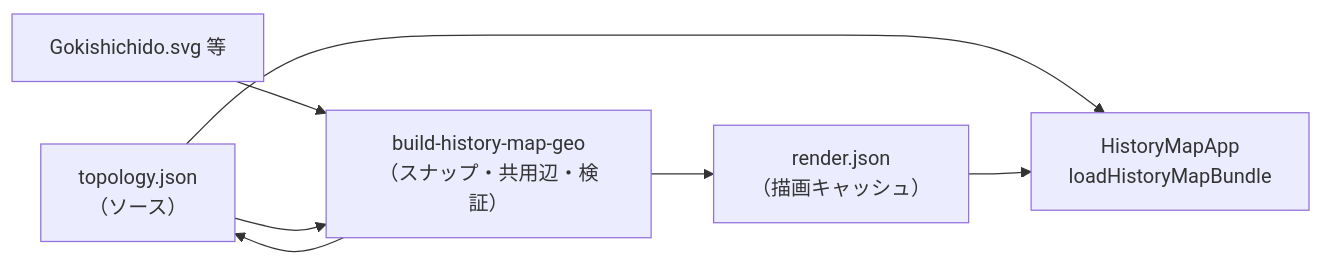
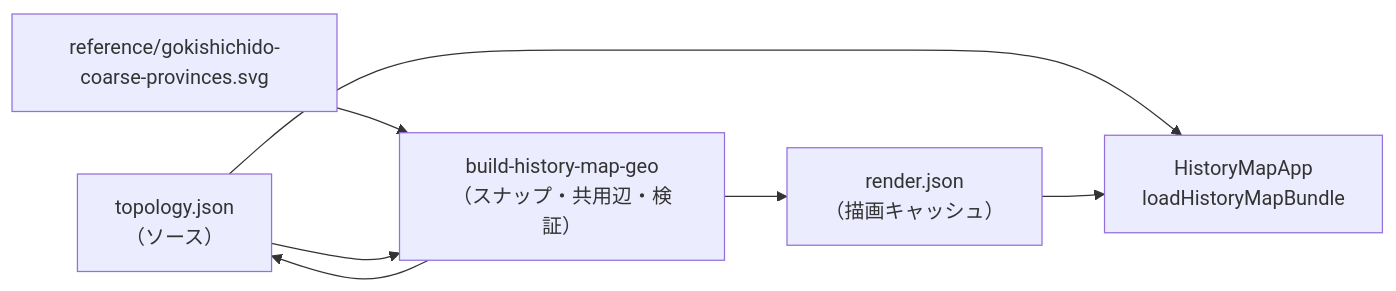
The diagram in docs/architecture/history-map-geo.md (hskksk/podcaster), drawn with Mermaid before and after one commit. The commit also changed other lines of this file and 14 other files, not shown here.

First line of the commit message:
feat(web): build history map topology from coarse province SVG

````diff
--- a/docs/architecture/history-map-geo.md
+++ b/docs/architecture/history-map-geo.md
@@ -45,14 +45,14 @@
 ```mermaid
 flowchart LR
   SRC["topology.json<br/>（ソース）"]
   BUILD["build-history-map-geo<br/>（スナップ・共用辺・検証）"]
   REN["render.json<br/>（描画キャッシュ）"]
   APP["HistoryMapApp<br/>loadHistoryMapBundle"]
 
-  GOKI["Gokishichido.svg 等"] --> BUILD
+  GOKI["reference/gokishichido-coarse-provinces.svg"] --> BUILD
   SRC --> BUILD
   BUILD --> SRC
   BUILD --> REN
   SRC --> APP
   REN --> APP
 ```
````
